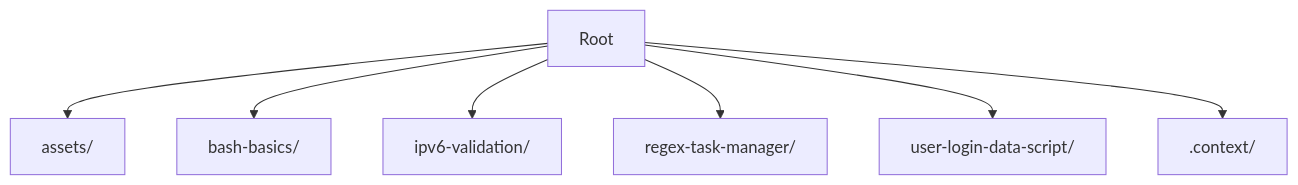
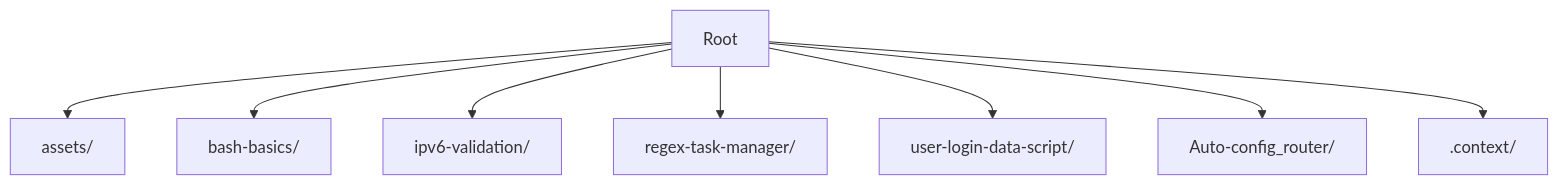
Before and after one commit to J-Moessmer/Linux-commands-and-scripts: the diagram in README.md, drawn with Mermaid. The commit also changed other lines of this file and 2 other files, not shown here.

Commit message:
docs: add documentation for Auto-config Router and create repository AI context guidelines

````diff
--- a/README.md
+++ b/README.md
@@ -8,10 +8,11 @@
 ```mermaid
 graph TD
     root["Root"]
     root --> assets["assets/"]
     root --> bash_basics["bash-basics/"]
     root --> ipv6_validation["ipv6-validation/"]
     root --> regex_task_manager["regex-task-manager/"]
     root --> user_login_data["user-login-data-script/"]
+    root --> autoconfig_router["Auto-config_router/"]
     root --> context[".context/"]
 ```
````
